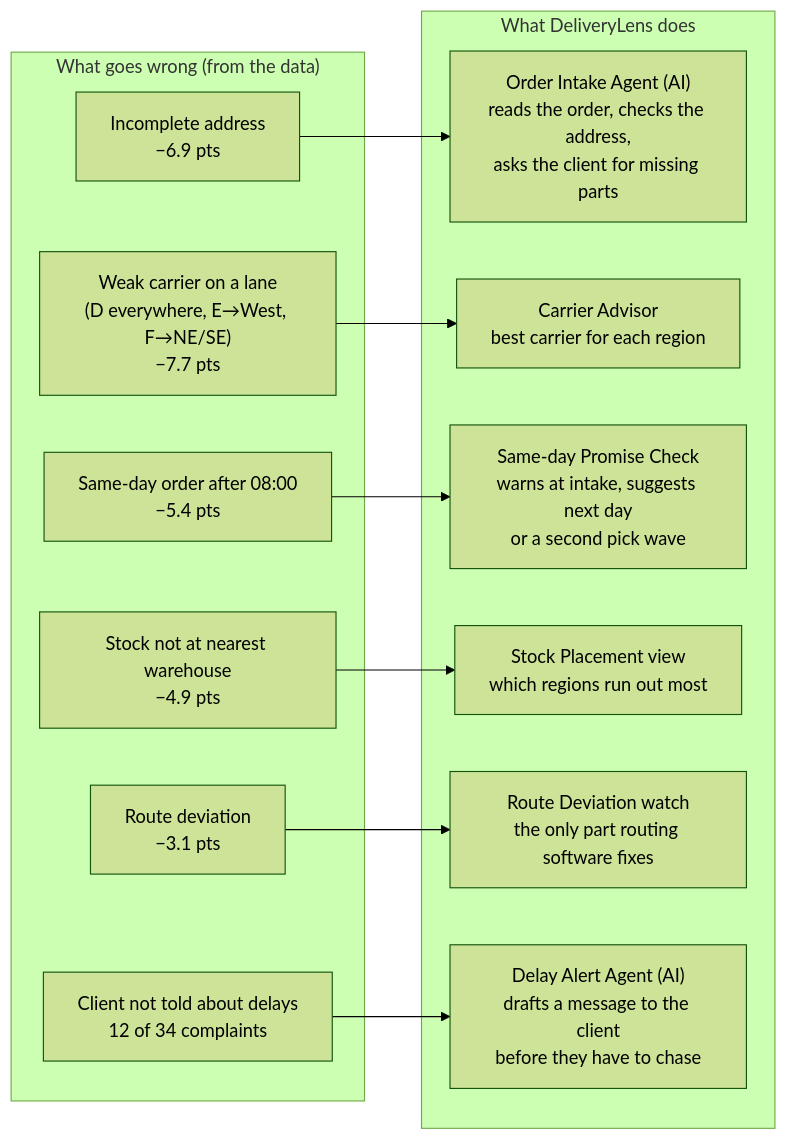
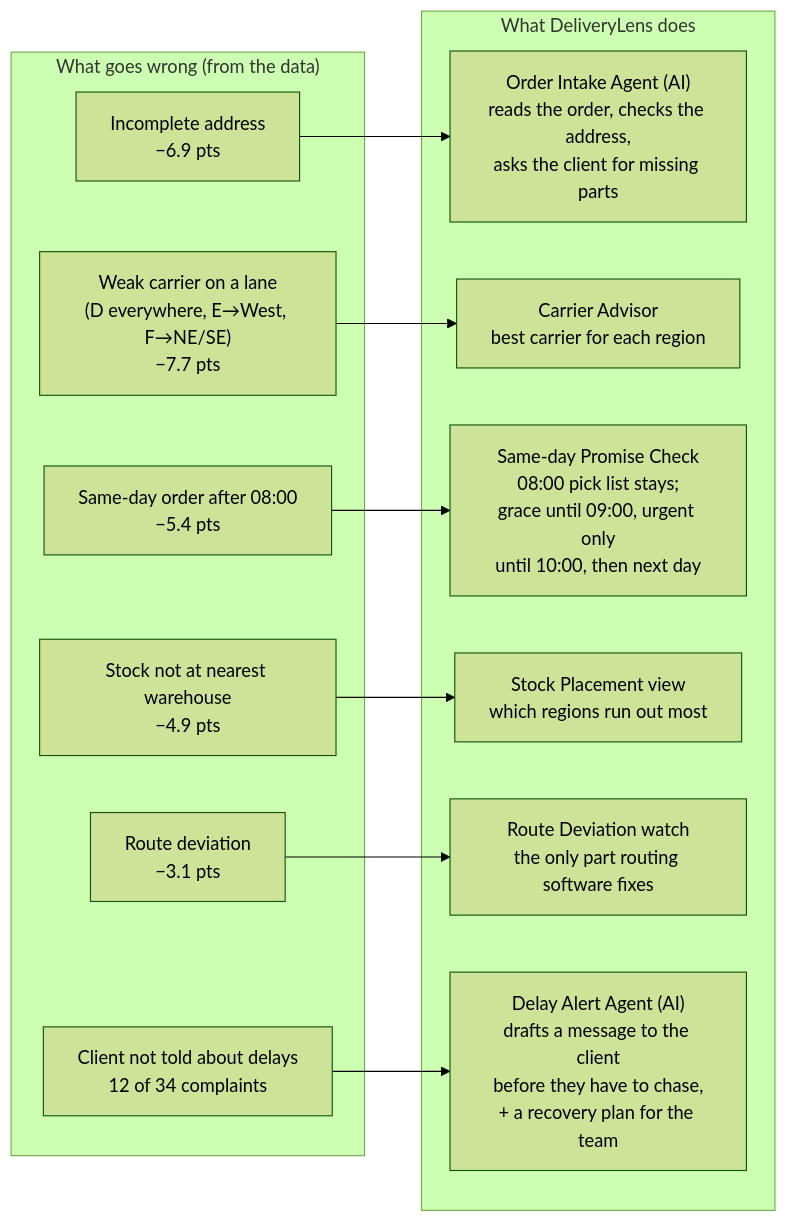
One commit to saimuthiki/halcyon-deliverylens changed the first of 9 diagrams in docs/04-solution-and-architecture.md. Above: the diagram before and after it, drawn with Mermaid (forest theme). The commit also changed other lines of this file and 57 other files, not shown here.

First line of the commit message:
Add late same-day order rules, human approval, recovery plans and complaint search

````diff
--- a/docs/04-solution-and-architecture.md
+++ b/docs/04-solution-and-architecture.md
@@ -14,25 +14,25 @@
 ```mermaid
 flowchart LR
   subgraph CAUSE["What goes wrong (from the data)"]
     C1["Incomplete address<br/>−6.9 pts"]
     C2["Weak carrier on a lane<br/>(D everywhere, E→West, F→NE/SE)<br/>−7.7 pts"]
     C3["Same-day order after 08:00<br/>−5.4 pts"]
     C4["Stock not at nearest warehouse<br/>−4.9 pts"]
     C5["Route deviation<br/>−3.1 pts"]
     C6["Client not told about delays<br/>12 of 34 complaints"]
   end
   subgraph FIX["What DeliveryLens does"]
     F1["Order Intake Agent (AI)<br/>reads the order, checks the address,<br/>asks the client for missing parts"]
     F2["Carrier Advisor<br/>best carrier for each region"]
-    F3["Same-day Promise Check<br/>warns at intake, suggests next day<br/>or a second pick wave"]
+    F3["Same-day Promise Check<br/>08:00 pick list stays;<br/>grace until 09:00, urgent only<br/>until 10:00, then next day"]
     F4["Stock Placement view<br/>which regions run out most"]
     F5["Route Deviation watch<br/>the only part routing software fixes"]
-    F6["Delay Alert Agent (AI)<br/>drafts a message to the client<br/>before they have to chase"]
+    F6["Delay Alert Agent (AI)<br/>drafts a message to the client<br/>before they have to chase,<br/>+ a recovery plan for the team"]
   end
   C1 --> F1
   C2 --> F2
   C3 --> F3
   C4 --> F4
   C5 --> F5
   C6 --> F6
 ```
````
